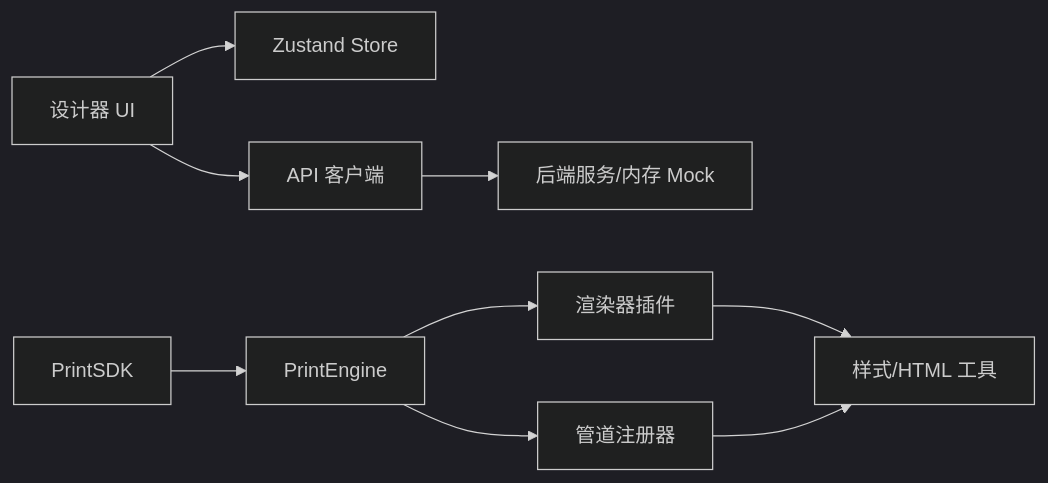
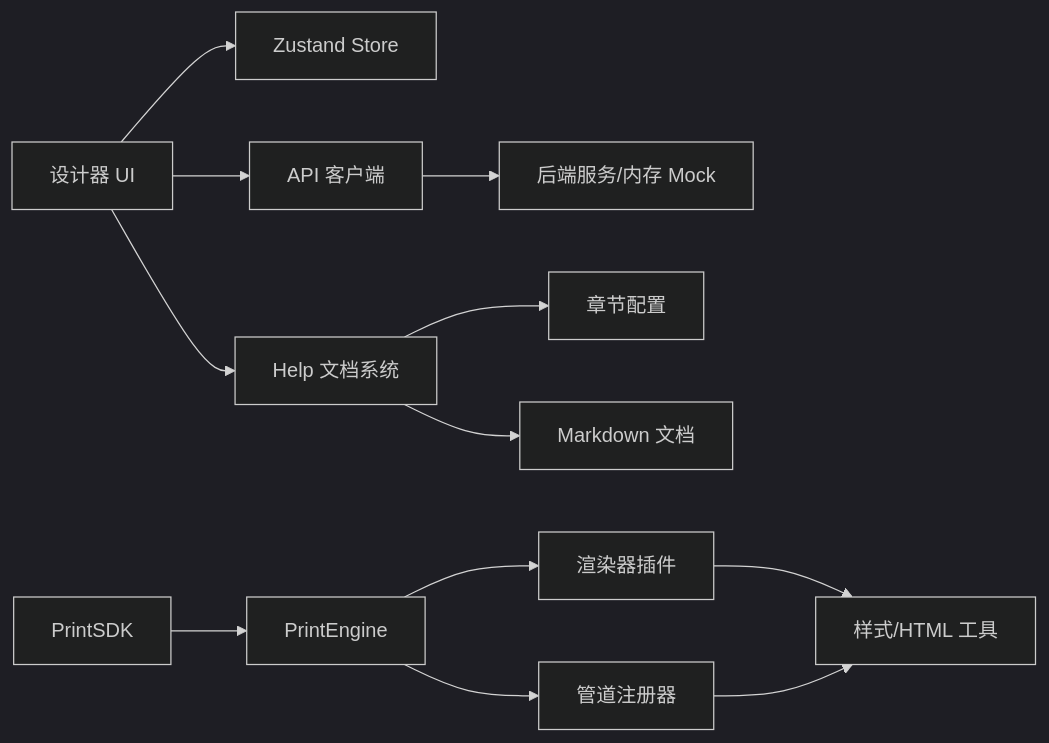
Before and after one commit to joker-yjc/printer: the ninth of 9 diagrams in .qoder/repowiki/zh/content/架构设计文档/架构设计文档.md, drawn with Mermaid (dark theme). The commit also changed other lines of this file and 4 other files, not shown here.

````diff
--- a/.qoder/repowiki/zh/content/架构设计文档/架构设计文档.md
+++ b/.qoder/repowiki/zh/content/架构设计文档/架构设计文档.md
@@ -319,11 +418,14 @@
 ```mermaid
 graph LR
 D_UI["设计器 UI"] --> D_Store["Zustand Store"]
 D_UI --> D_API["API 客户端"]
+D_UI --> D_Help["Help 文档系统"]
 D_API --> Backend["后端服务/内存 Mock"]
+D_Help --> D_Chapters["章节配置"]
+D_Help --> D_Markdown["Markdown 文档"]
 SDK_Core["PrintSDK"] --> Engine["PrintEngine"]
 Engine --> Renderers["渲染器插件"]
 Engine --> Pipes["管道注册器"]
 Renderers --> Utils["样式/HTML 工具"]
 Pipes --> Utils
 ```
````
